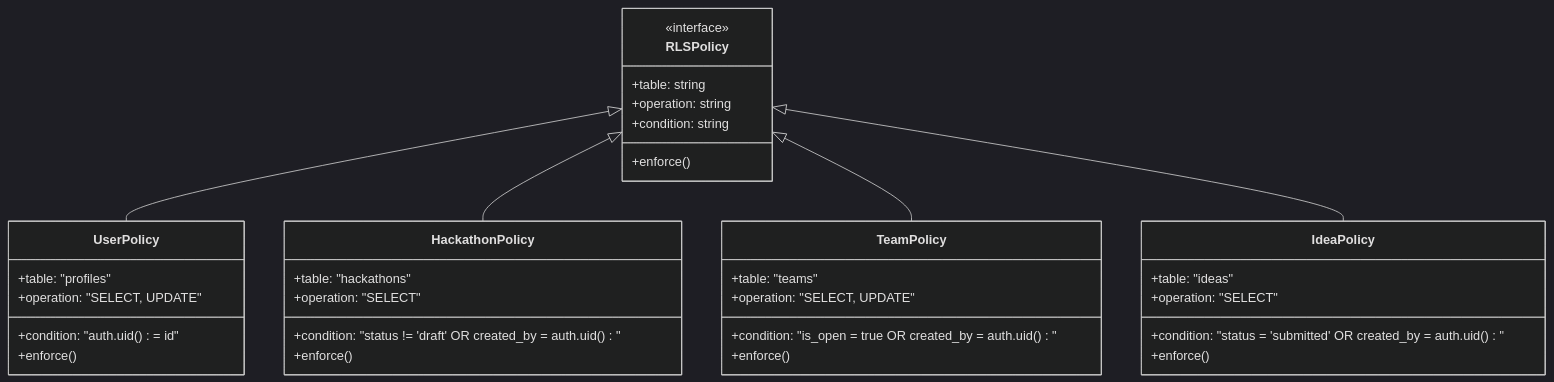
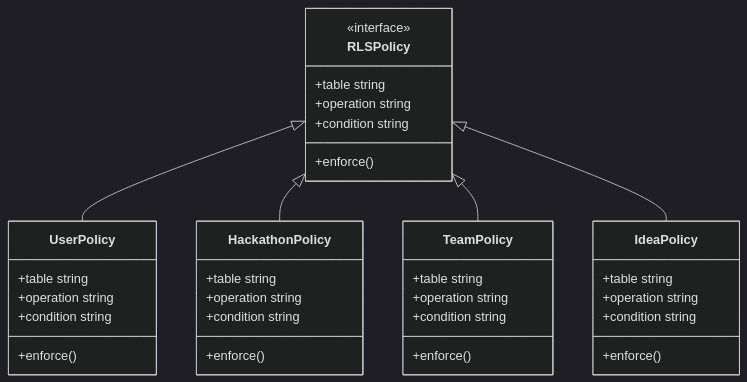
Before and after one commit to HackHub-wtf/app: the sixth of 13 diagrams in docs/ARCHITECTURE.md, drawn with Mermaid (dark theme). The commit also changed other lines of this file and 5 other files, not shown here.

````diff
--- a/docs/ARCHITECTURE.md
+++ b/docs/ARCHITECTURE.md
@@ -279,43 +322,43 @@
 ```mermaid
 classDiagram
     class RLSPolicy {
         <<interface>>
-        +table: string
-        +operation: string
-        +condition: string
+        +table string
+        +operation string
+        +condition string
         +enforce()
     }
     
     class UserPolicy {
-        +table: "profiles"
-        +operation: "SELECT, UPDATE"
-        +condition: "auth.uid() = id"
+        +table string
+        +operation string
+        +condition string
         +enforce()
     }
     
     class HackathonPolicy {
-        +table: "hackathons"
-        +operation: "SELECT"
-        +condition: "status != 'draft' OR created_by = auth.uid()"
+        +table string
+        +operation string
+        +condition string
         +enforce()
     }
     
     class TeamPolicy {
-        +table: "teams"
-        +operation: "SELECT, UPDATE"
-        +condition: "is_open = true OR created_by = auth.uid()"
+        +table string
+        +operation string
+        +condition string
         +enforce()
     }
     
     class IdeaPolicy {
-        +table: "ideas"
-        +operation: "SELECT"
-        +condition: "status = 'submitted' OR created_by = auth.uid()"
+        +table string
+        +operation string
+        +condition string
         +enforce()
     }
     
     RLSPolicy <|-- UserPolicy
     RLSPolicy <|-- HackathonPolicy
     RLSPolicy <|-- TeamPolicy
     RLSPolicy <|-- IdeaPolicy
 ```
````
